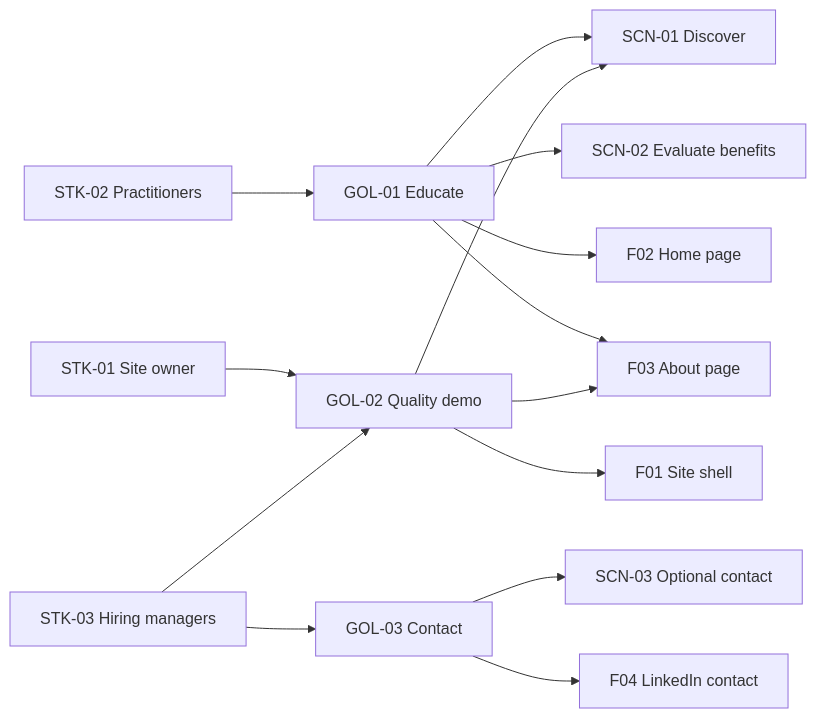
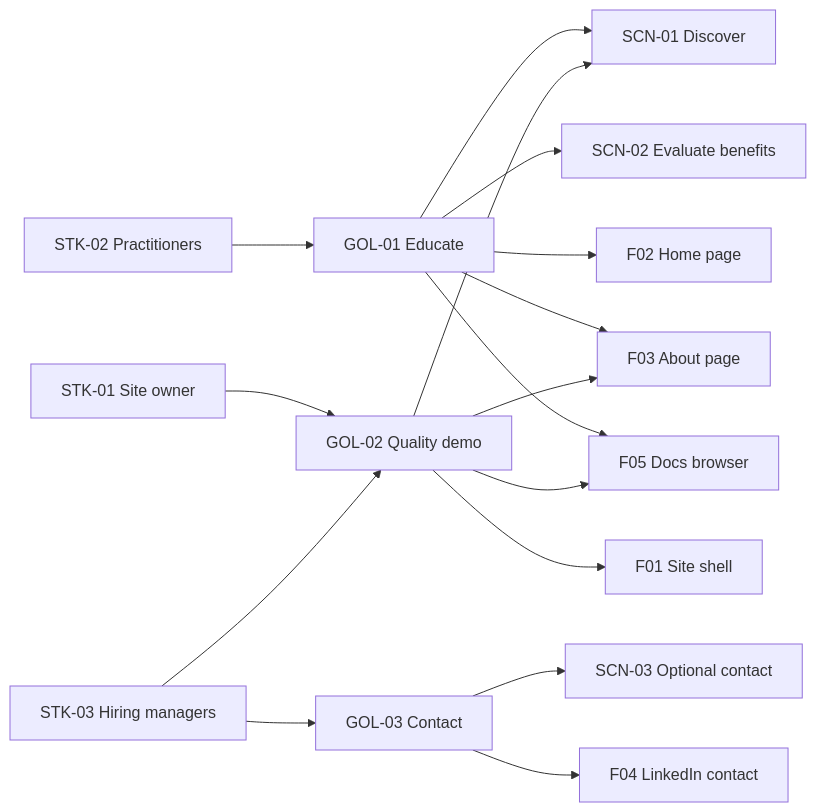
The diagram in 1-scope/stakeholders-and-goals.md (mikeshoo35-a11y/website3), drawn with Mermaid before and after one commit. The commit also changed other lines of this file and 15 other files, not shown here.

````diff
--- a/1-scope/stakeholders-and-goals.md
+++ b/1-scope/stakeholders-and-goals.md
@@ -25,16 +25,18 @@
 ```mermaid
 flowchart LR
     STK02["STK-02 Practitioners"] --> G1["GOL-01 Educate"]
     STK01["STK-01 Site owner"] --> G2["GOL-02 Quality demo"]
     STK03["STK-03 Hiring managers"] --> G2
     STK03 --> G3["GOL-03 Contact"]
     G1 --> SCN01["SCN-01 Discover"]
     G1 --> SCN02["SCN-02 Evaluate benefits"]
     G2 --> SCN01
     G3 --> SCN03["SCN-03 Optional contact"]
     G1 --> F02["F02 Home page"]
     G1 --> F03["F03 About page"]
+    G1 --> F05["F05 Docs browser"]
     G2 --> F01["F01 Site shell"]
     G2 --> F03
+    G2 --> F05
     G3 --> F04["F04 LinkedIn contact"]
 ```
````
